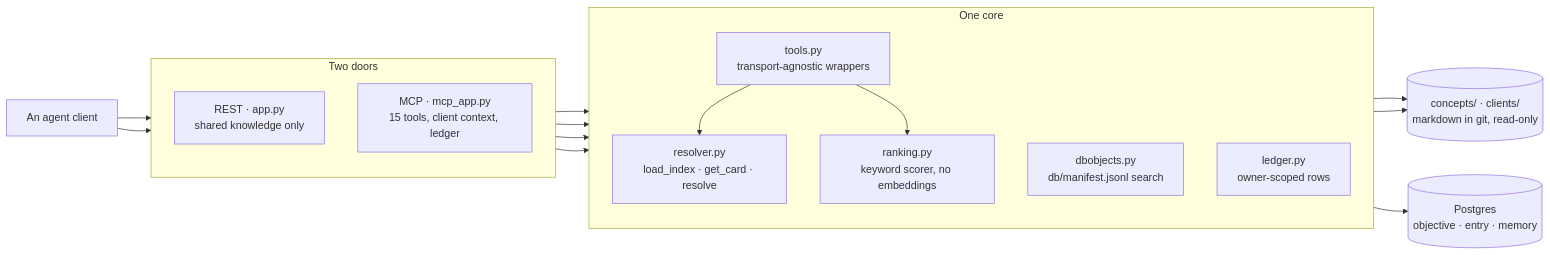
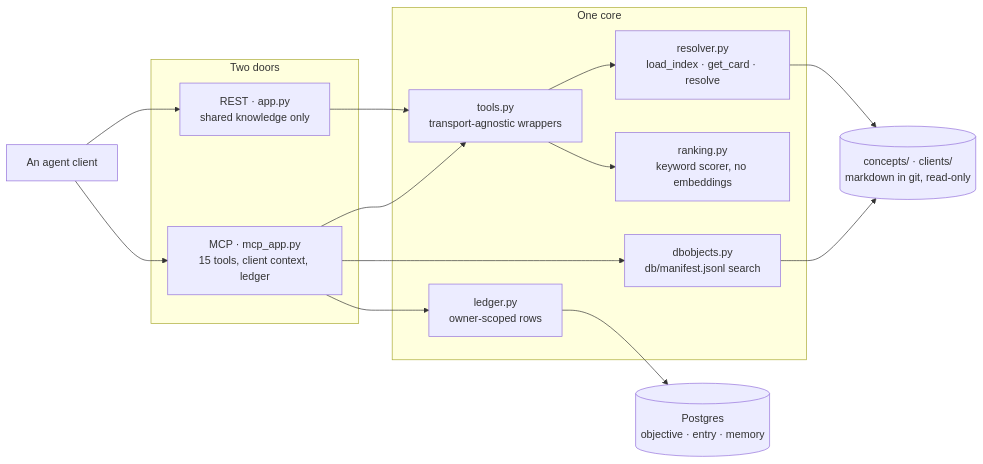
The second of 3 diagrams in docs/concepts/architecture.md (voyagerforge-dev/hive-intelligence), drawn with Mermaid before and after one commit. The commit also changed 3 other files, not shown here.

Commit message:
no-mistakes(review): docs: correct diagram prose and drop ignored mermaid directions

````diff
--- a/docs/concepts/architecture.md
+++ b/docs/concepts/architecture.md
@@ -74,34 +74,32 @@
 ```mermaid
 flowchart LR
     agent["An agent client"]
 
     subgraph doors["Two doors"]
-        direction TB
         rest["REST · app.py<br/>shared knowledge only"]
         mcp["MCP · mcp_app.py<br/>15 tools, client context, ledger"]
     end
 
     subgraph core["One core"]
-        direction TB
         tools["tools.py<br/>transport-agnostic wrappers"]
         resolver["resolver.py<br/>load_index · get_card · resolve"]
         ranking["ranking.py<br/>keyword scorer, no embeddings"]
         dbo["dbobjects.py<br/>db/manifest.jsonl search"]
         ledgerm["ledger.py<br/>owner-scoped rows"]
     end
 
     cards[("concepts/ · clients/<br/>markdown in git, read-only")]
     db[("Postgres<br/>objective · entry · memory")]
 
     agent --> rest
     agent --> mcp
     rest --> tools
     mcp --> tools
     mcp --> dbo
     mcp --> ledgerm
     tools --> resolver
     tools --> ranking
     resolver --> cards
     dbo --> cards
     ledgerm --> db
 ```
````
